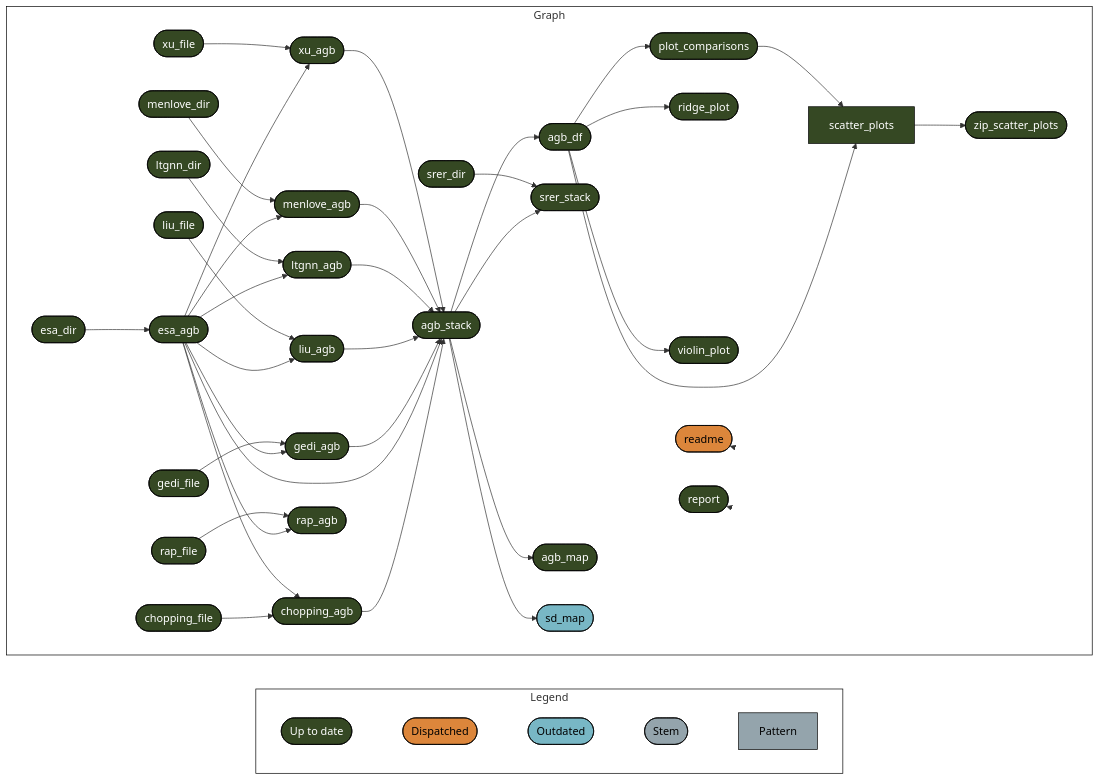
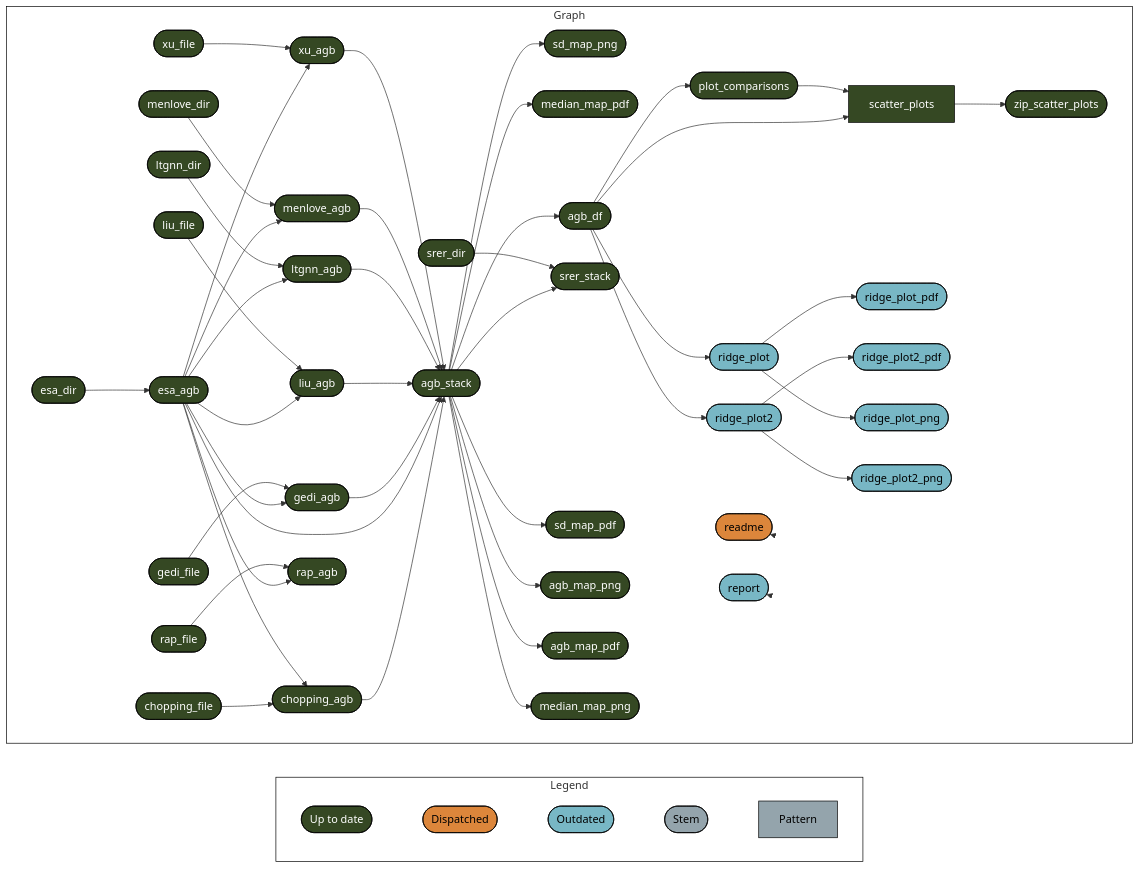
Before and after one commit to EcosystemEcologyLab/SW_Biomass: the diagram in README.md, drawn with Mermaid. The commit also changed other lines of this file and 3 other files, not shown here.

````diff
--- a/README.md
+++ b/README.md
@@ -36,60 +36,68 @@
 ``` mermaid
 graph LR
   style Legend fill:#FFFFFF00,stroke:#000000;
   style Graph fill:#FFFFFF00,stroke:#000000;
   subgraph Legend
     direction LR
     x7420bd9270f8d27d([""Up to date""]):::uptodate --- xa8565c104d8f0705([""Dispatched""]):::dispatched
     xa8565c104d8f0705([""Dispatched""]):::dispatched --- x0a52b03877696646([""Outdated""]):::outdated
     x0a52b03877696646([""Outdated""]):::outdated --- xbf4603d6c2c2ad6b([""Stem""]):::none
     xbf4603d6c2c2ad6b([""Stem""]):::none --- x70a5fa6bea6f298d[""Pattern""]:::none
   end
   subgraph Graph
     direction LR
-    x1194ca8b71ccd0e1(["agb_df"]):::uptodate --> xa9c8870bcb5985fd["scatter_plots"]:::uptodate
-    xa5177effe50f87b0(["plot_comparisons"]):::uptodate --> xa9c8870bcb5985fd["scatter_plots"]:::uptodate
-    x74a8a38fc5a3e271(["agb_stack"]):::uptodate --> x4eb7e7cfb305a440(["srer_stack"]):::uptodate
-    xc7f156126aa49133(["srer_dir"]):::uptodate --> x4eb7e7cfb305a440(["srer_stack"]):::uptodate
-    x74a8a38fc5a3e271(["agb_stack"]):::uptodate --> x1194ca8b71ccd0e1(["agb_df"]):::uptodate
+    x74a8a38fc5a3e271(["agb_stack"]):::uptodate --> xc17fbd3a1bc1e06f(["sd_map_png"]):::uptodate
+    x74a8a38fc5a3e271(["agb_stack"]):::uptodate --> xb4a772147757aa82(["median_map_pdf"]):::uptodate
+    x80cf9d1bb79c21e3(["chopping_file"]):::uptodate --> x10672e980111f5c2(["chopping_agb"]):::uptodate
+    x9f7f8cade5fecf35(["esa_agb"]):::uptodate --> x10672e980111f5c2(["chopping_agb"]):::uptodate
     x9f7f8cade5fecf35(["esa_agb"]):::uptodate --> x7ff1622cd5d030f8(["ltgnn_agb"]):::uptodate
     xc968c07864940097(["ltgnn_dir"]):::uptodate --> x7ff1622cd5d030f8(["ltgnn_agb"]):::uptodate
+    x1194ca8b71ccd0e1(["agb_df"]):::uptodate --> xf4f4464992cd7b36(["ridge_plot2"]):::outdated
     x10672e980111f5c2(["chopping_agb"]):::uptodate --> x74a8a38fc5a3e271(["agb_stack"]):::uptodate
     x9f7f8cade5fecf35(["esa_agb"]):::uptodate --> x74a8a38fc5a3e271(["agb_stack"]):::uptodate
     x5bee436f312cca80(["gedi_agb"]):::uptodate --> x74a8a38fc5a3e271(["agb_stack"]):::uptodate
     xe4f3f2f15e724def(["liu_agb"]):::uptodate --> x74a8a38fc5a3e271(["agb_stack"]):::uptodate
     x7ff1622cd5d030f8(["ltgnn_agb"]):::uptodate --> x74a8a38fc5a3e271(["agb_stack"]):::uptodate
     xb420f92ea294cb0b(["menlove_agb"]):::uptodate --> x74a8a38fc5a3e271(["agb_stack"]):::uptodate
     x6bb719b45bfee760(["xu_agb"]):::uptodate --> x74a8a38fc5a3e271(["agb_stack"]):::uptodate
+    xa9c8870bcb5985fd["scatter_plots"]:::uptodate --> x0ed052f6c2f4c6d2(["zip_scatter_plots"]):::uptodate
+    x74a8a38fc5a3e271(["agb_stack"]):::uptodate --> x4eb7e7cfb305a440(["srer_stack"]):::uptodate
+    xc7f156126aa49133(["srer_dir"]):::uptodate --> x4eb7e7cfb305a440(["srer_stack"]):::uptodate
+    x9f7f8cade5fecf35(["esa_agb"]):::uptodate --> xb420f92ea294cb0b(["menlove_agb"]):::uptodate
+    x5086af9665941a9e(["menlove_dir"]):::uptodate --> xb420f92ea294cb0b(["menlove_agb"]):::uptodate
+    x74a8a38fc5a3e271(["agb_stack"]):::uptodate --> xa915fa9c5247d8fb(["sd_map_pdf"]):::uptodate
+    x74a8a38fc5a3e271(["agb_stack"]):::uptodate --> x1194ca8b71ccd0e1(["agb_df"]):::uptodate
+    x9f7f8cade5fecf35(["esa_agb"]):::uptodate --> x6bb719b45bfee760(["xu_agb"]):::uptodate
+    x39b0a131ab7dd2d0(["xu_file"]):::uptodate --> x6bb719b45bfee760(["xu_agb"]):::uptodate
+    x1194ca8b71ccd0e1(["agb_df"]):::uptodate --> x13774cf4f2cc9b83(["ridge_plot"]):::outdated
+    x13774cf4f2cc9b83(["ridge_plot"]):::outdated --> x0559a68403a4b0d3(["ridge_plot_pdf"]):::outdated
+    xf4f4464992cd7b36(["ridge_plot2"]):::outdated --> x040f384dee9e6f46(["ridge_plot2_pdf"]):::outdated
+    x74a8a38fc5a3e271(["agb_stack"]):::uptodate --> x55567b6e4e4e9f04(["agb_map_png"]):::uptodate
+    x1194ca8b71ccd0e1(["agb_df"]):::uptodate --> xa9c8870bcb5985fd["scatter_plots"]:::uptodate
+    xa5177effe50f87b0(["plot_comparisons"]):::uptodate --> xa9c8870bcb5985fd["scatter_plots"]:::uptodate
+    x9f7f8cade5fecf35(["esa_agb"]):::uptodate --> x5688b5ef6bcea6f9(["rap_agb"]):::uptodate
+    x9889d33e942dc03b(["rap_file"]):::uptodate --> x5688b5ef6bcea6f9(["rap_agb"]):::uptodate
+    xb91305eee1f5b0b5(["esa_dir"]):::uptodate --> x9f7f8cade5fecf35(["esa_agb"]):::uptodate
+    x74a8a38fc5a3e271(["agb_stack"]):::uptodate --> x3180218e70201396(["agb_map_pdf"]):::uptodate
+    x74a8a38fc5a3e271(["agb_stack"]):::uptodate --> x0b6b69c22deec4ac(["median_map_png"]):::uptodate
+    x13774cf4f2cc9b83(["ridge_plot"]):::outdated --> x7a126aaea56cf93a(["ridge_plot_png"]):::outdated
+    xf4f4464992cd7b36(["ridge_plot2"]):::outdated --> xd468bbbbb05472a0(["ridge_plot2_png"]):::outdated
+    x9f7f8cade5fecf35(["esa_agb"]):::uptodate --> x5bee436f312cca80(["gedi_agb"]):::uptodate
+    x8d7fb25f1e16bc4f(["gedi_file"]):::uptodate --> x5bee436f312cca80(["gedi_agb"]):::uptodate
     x9f7f8cade5fecf35(["esa_agb"]):::uptodate --> xe4f3f2f15e724def(["liu_agb"]):::uptodate
     x26d0dae1bf6fcb39(["liu_file"]):::uptodate --> xe4f3f2f15e724def(["liu_agb"]):::uptodate
-    x74a8a38fc5a3e271(["agb_stack"]):::uptodate --> xd959ad20dd7fd009(["agb_map"]):::uptodate
-    x74a8a38fc5a3e271(["agb_stack"]):::uptodate --> x7dce032f25b5c564(["sd_map"]):::outdated
     x1194ca8b71ccd0e1(["agb_df"]):::uptodate --> xa5177effe50f87b0(["plot_comparisons"]):::uptodate
-    x9f7f8cade5fecf35(["esa_agb"]):::uptodate --> x5bee436f312cca80(["gedi_agb"]):::uptodate
-    x8d7fb25f1e16bc4f(["gedi_file"]):::uptodate --> x5bee436f312cca80(["gedi_agb"]):::uptodate
-    xa9c8870bcb5985fd["scatter_plots"]:::uptodate --> x0ed052f6c2f4c6d2(["zip_scatter_plots"]):::uptodate
-    x9f7f8cade5fecf35(["esa_agb"]):::uptodate --> xb420f92ea294cb0b(["menlove_agb"]):::uptodate
-    x5086af9665941a9e(["menlove_dir"]):::uptodate --> xb420f92ea294cb0b(["menlove_agb"]):::uptodate
-    x9f7f8cade5fecf35(["esa_agb"]):::uptodate --> x5688b5ef6bcea6f9(["rap_agb"]):::uptodate
-    x9889d33e942dc03b(["rap_file"]):::uptodate --> x5688b5ef6bcea6f9(["rap_agb"]):::uptodate
-    x80cf9d1bb79c21e3(["chopping_file"]):::uptodate --> x10672e980111f5c2(["chopping_agb"]):::uptodate
-    x9f7f8cade5fecf35(["esa_agb"]):::uptodate --> x10672e980111f5c2(["chopping_agb"]):::uptodate
-    x1194ca8b71ccd0e1(["agb_df"]):::uptodate --> x13774cf4f2cc9b83(["ridge_plot"]):::uptodate
-    x9f7f8cade5fecf35(["esa_agb"]):::uptodate --> x6bb719b45bfee760(["xu_agb"]):::uptodate
-    x39b0a131ab7dd2d0(["xu_file"]):::uptodate --> x6bb719b45bfee760(["xu_agb"]):::uptodate
-    xb91305eee1f5b0b5(["esa_dir"]):::uptodate --> x9f7f8cade5fecf35(["esa_agb"]):::uptodate
-    x1194ca8b71ccd0e1(["agb_df"]):::uptodate --> xfe73ce9654aaf612(["violin_plot"]):::uptodate
     x6e52cb0f1668cc22(["readme"]):::dispatched --> x6e52cb0f1668cc22(["readme"]):::dispatched
-    xe0fba61fbc506510(["report"]):::uptodate --> xe0fba61fbc506510(["report"]):::uptodate
+    xe0fba61fbc506510(["report"]):::outdated --> xe0fba61fbc506510(["report"]):::outdated
   end
   classDef uptodate stroke:#000000,color:#ffffff,fill:#354823;
   classDef dispatched stroke:#000000,color:#000000,fill:#DC863B;
   classDef outdated stroke:#000000,color:#000000,fill:#78B7C5;
   classDef none stroke:#000000,color:#000000,fill:#94a4ac;
   linkStyle 0 stroke-width:0px;
   linkStyle 1 stroke-width:0px;
   linkStyle 2 stroke-width:0px;
   linkStyle 3 stroke-width:0px;
-  linkStyle 37 stroke-width:0px;
-  linkStyle 38 stroke-width:0px;
+  linkStyle 45 stroke-width:0px;
+  linkStyle 46 stroke-width:0px;
 ```
````
